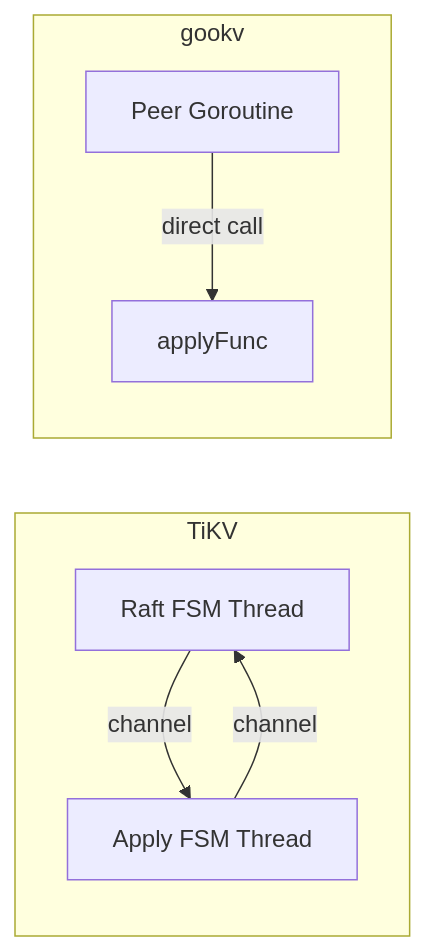
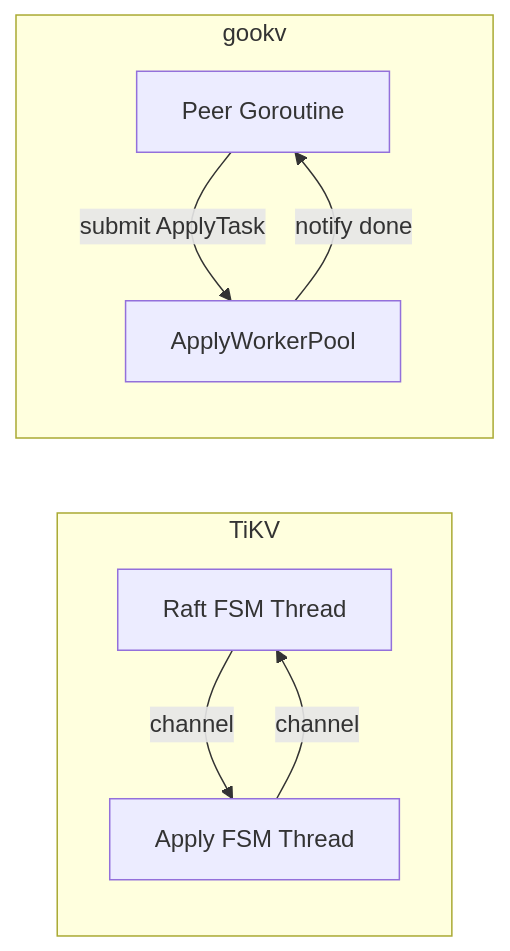
The second of 12 diagrams in gookv-design/09_tikv_differences.md (ryogrid/gookvs), drawn with Mermaid before and after one commit. The commit also changed other lines of this file and 17 other files, not shown here.

````diff
--- a/gookv-design/09_tikv_differences.md
+++ b/gookv-design/09_tikv_differences.md
@@ -233,11 +233,12 @@
 ```mermaid
 graph LR
     subgraph "TiKV"
         RF[Raft FSM Thread] -->|channel| AF[Apply FSM Thread]
         AF -->|channel| RF
     end
 
     subgraph "gookv"
-        PG[Peer Goroutine] -->|direct call| AP[applyFunc]
+        PG[Peer Goroutine] -->|submit ApplyTask| AP[ApplyWorkerPool]
+        AP -->|notify done| PG
     end
 ```
````
